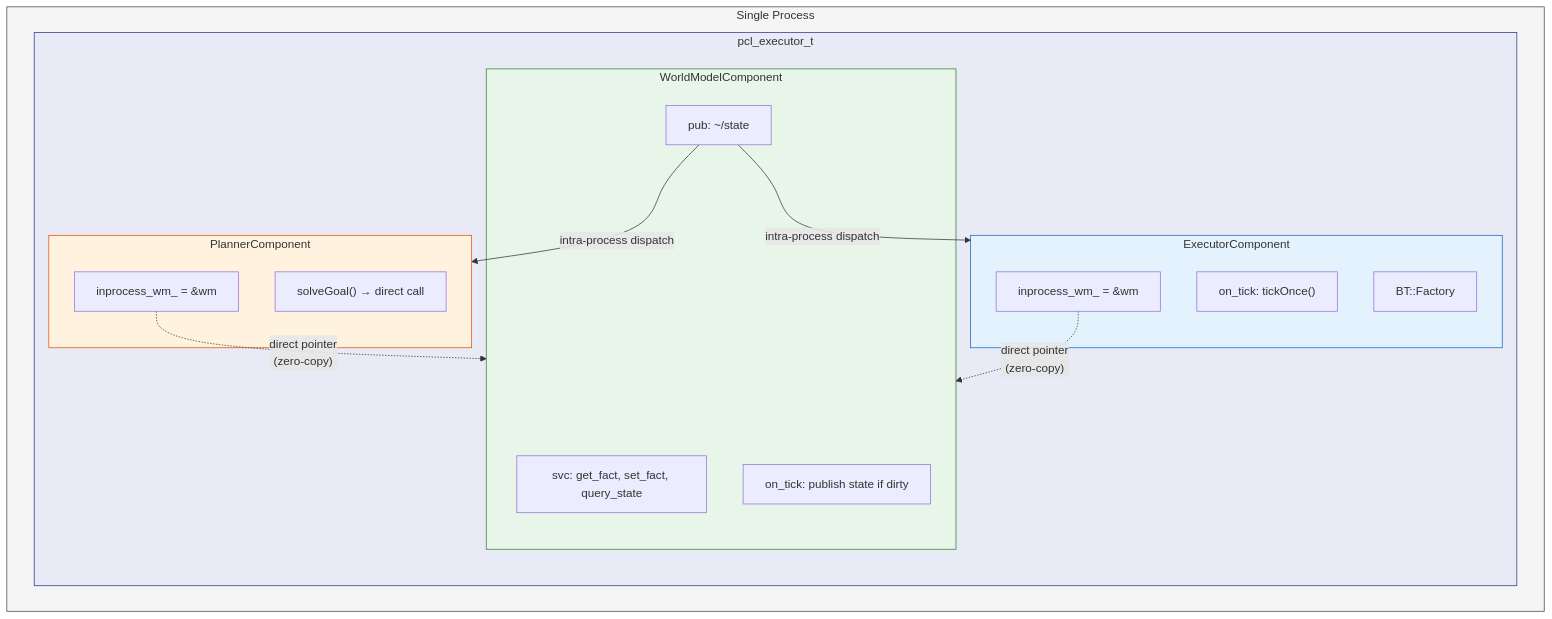
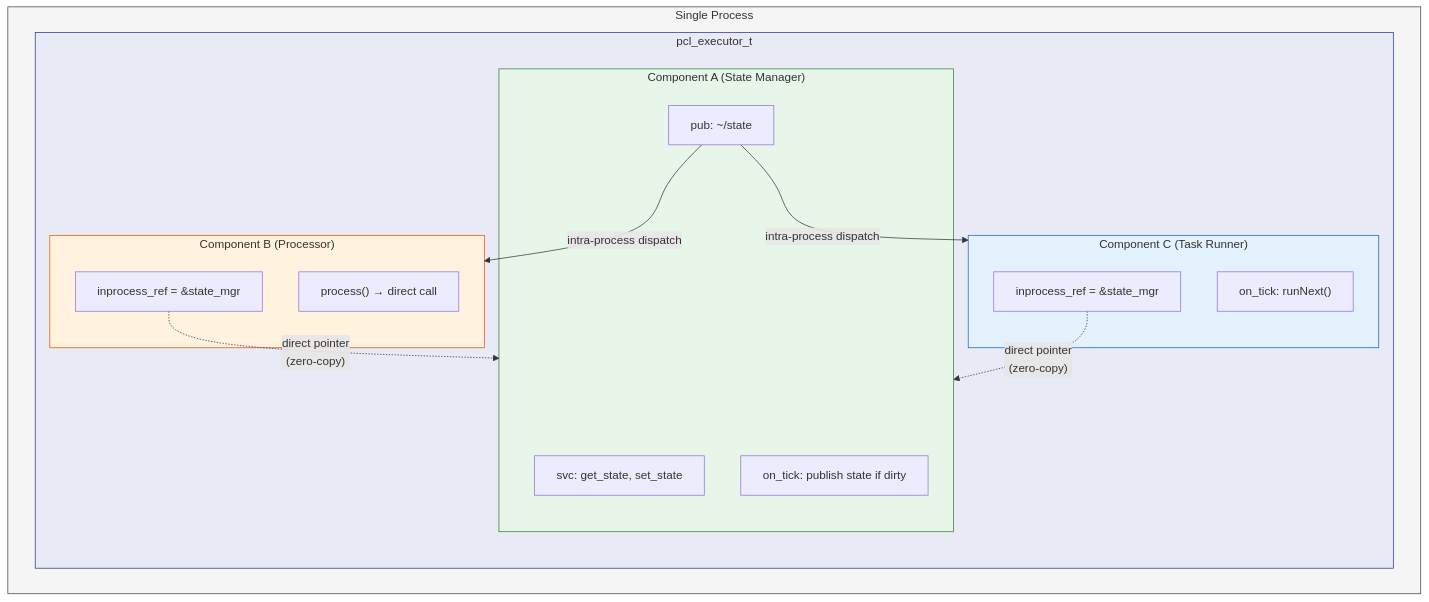
Before and after one commit to Ackoogin/mujin: the sixth of 11 diagrams in doc/architecture/08-pcl-component-system.md, drawn with Mermaid. The commit also changed other lines of this file and 2 other files, not shown here.

````diff
--- a/doc/architecture/08-pcl-component-system.md
+++ b/doc/architecture/08-pcl-component-system.md
@@ -215,36 +239,35 @@
 ```mermaid
 graph TB
   subgraph Process["Single Process"]
     subgraph Exec["pcl_executor_t"]
       direction TB
 
-      subgraph WMC["WorldModelComponent"]
-        WM_SVC["svc: get_fact, set_fact, query_state"]
-        WM_PUB["pub: ~/state"]
-        WM_TICK["on_tick: publish state if dirty"]
+      subgraph CA["Component A (State Manager)"]
+        CA_SVC["svc: get_state, set_state"]
+        CA_PUB["pub: ~/state"]
+        CA_TICK["on_tick: publish state if dirty"]
       end
 
-      subgraph PC["PlannerComponent"]
-        PC_WM["inprocess_wm_ = &wm"]
-        PC_METHOD["solveGoal() → direct call"]
+      subgraph CB["Component B (Processor)"]
+        CB_REF["inprocess_ref = &state_mgr"]
+        CB_METHOD["process() → direct call"]
       end
 
-      subgraph EC["ExecutorComponent"]
-        EC_WM["inprocess_wm_ = &wm"]
-        EC_TICK["on_tick: tickOnce()"]
-        EC_FACTORY["BT::Factory"]
+      subgraph CC["Component C (Task Runner)"]
+        CC_REF["inprocess_ref = &state_mgr"]
+        CC_TICK["on_tick: runNext()"]
       end
     end
   end
 
-  PC_WM -.->|"direct pointer<br/>(zero-copy)"| WMC
-  EC_WM -.->|"direct pointer<br/>(zero-copy)"| WMC
-  WM_PUB -->|"intra-process dispatch"| PC
-  WM_PUB -->|"intra-process dispatch"| EC
+  CB_REF -.->|"direct pointer<br/>(zero-copy)"| CA
+  CC_REF -.->|"direct pointer<br/>(zero-copy)"| CA
+  CA_PUB -->|"intra-process dispatch"| CB
+  CA_PUB -->|"intra-process dispatch"| CC
 
   style Process fill:#f5f5f5,stroke:#424242
   style Exec fill:#e8eaf6,stroke:#283593
-  style WMC fill:#e8f5e9,stroke:#2e7d32
-  style PC fill:#fff3e0,stroke:#e65100
-  style EC fill:#e3f2fd,stroke:#1565c0
+  style CA fill:#e8f5e9,stroke:#2e7d32
+  style CB fill:#fff3e0,stroke:#e65100
+  style CC fill:#e3f2fd,stroke:#1565c0
 ```
````
